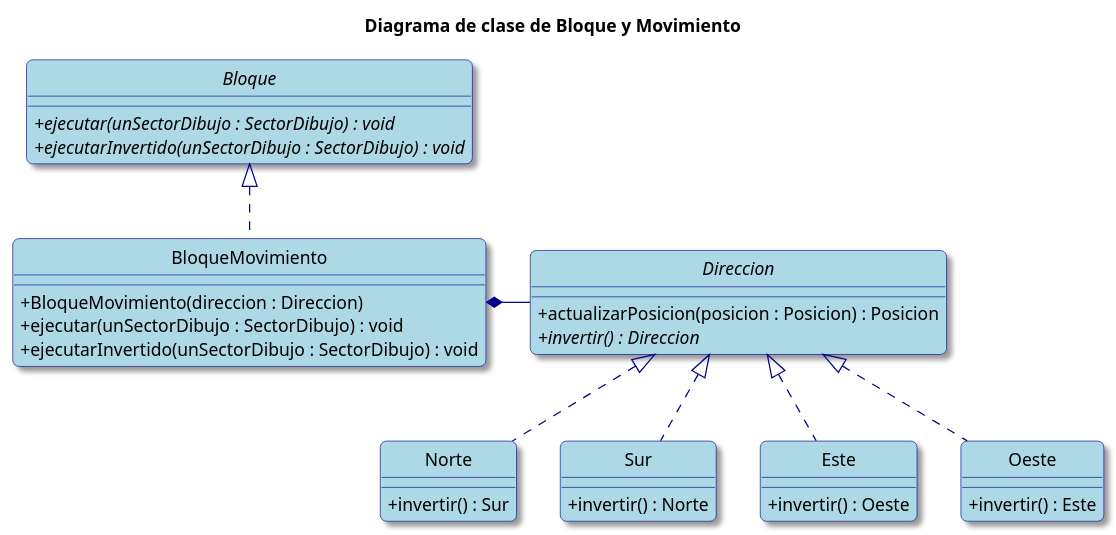
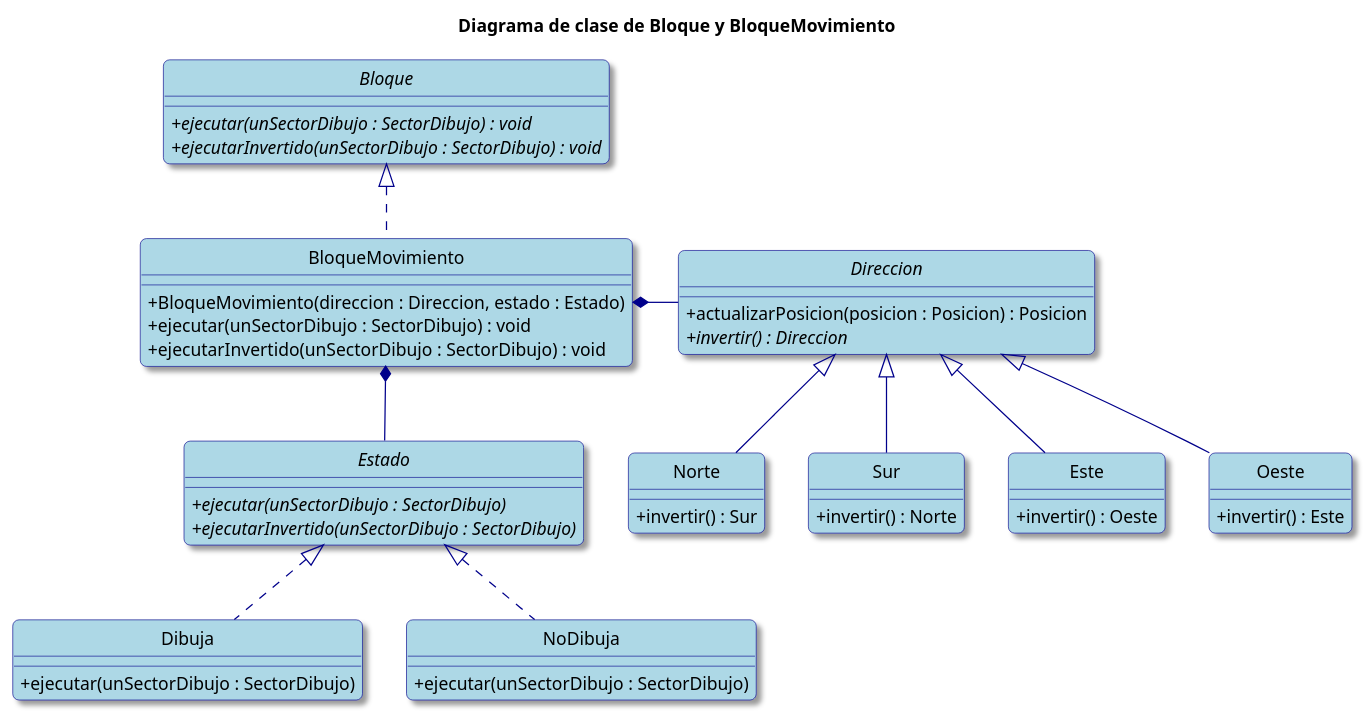
The second of 7 diagrams in diagramas-uml.puml (valva-ro/Algo3-TP2-AlgoBlocks), drawn with PlantUML before and after one commit. The commit also changed other lines of this file and 2 other files, not shown here.

```diff
--- a/diagramas-uml.puml
+++ b/diagramas-uml.puml
@@ -72,52 +66,65 @@
 @startuml
 hide circle
 skinparam classAttributeIconSize 0
 skinparam backgroundColor White
 skinparam RoundCorner 10
 skinparam Shadowing true
 skinparam class {
     ArrowColor DarkBlue
     BackgroundColor LightBlue
     BorderColor DarkBlue
 }
 skinparam note {
     BackgroundColor LightYellow
     BorderColor DarkBlue
 }
 
-title Diagrama de clase de Bloque y Movimiento
+title Diagrama de clase de Bloque y BloqueMovimiento
 
 interface Bloque {
     + {abstract} ejecutar(unSectorDibujo : SectorDibujo) : void
     + {abstract} ejecutarInvertido(unSectorDibujo : SectorDibujo) : void
 
 }
 class BloqueMovimiento {
-    + BloqueMovimiento(direccion : Direccion)
+    + BloqueMovimiento(direccion : Direccion, estado : Estado)
     + ejecutar(unSectorDibujo : SectorDibujo) : void
     + ejecutarInvertido(unSectorDibujo : SectorDibujo) : void
+}
+interface Estado {
+    + {abstract} ejecutar(unSectorDibujo : SectorDibujo)
+    + {abstract} ejecutarInvertido(unSectorDibujo : SectorDibujo)
+}
+class Dibuja {
+    + ejecutar(unSectorDibujo : SectorDibujo)
+}
+class NoDibuja {
+    + ejecutar(unSectorDibujo : SectorDibujo)
 }
 abstract class Direccion {
     + actualizarPosicion(posicion : Posicion) : Posicion
     + {abstract} invertir() : Direccion
 }
 class Norte {
     + invertir() : Sur
 }
 class Sur {
     + invertir() : Norte
 }
 class Este {
     + invertir() : Oeste
 }
 class Oeste {
     + invertir() : Este
 }
 
 Bloque <|.. BloqueMovimiento
+BloqueMovimiento *-- Estado
+Estado <|.. Dibuja
+Estado <|.. NoDibuja
 BloqueMovimiento *--right Direccion
-Direccion <|.. Norte
-Direccion <|.. Sur
-Direccion <|.. Este
-Direccion <|.. Oeste
+Direccion <|-- Norte
+Direccion <|-- Sur
+Direccion <|-- Este
+Direccion <|-- Oeste
 @enduml
```
